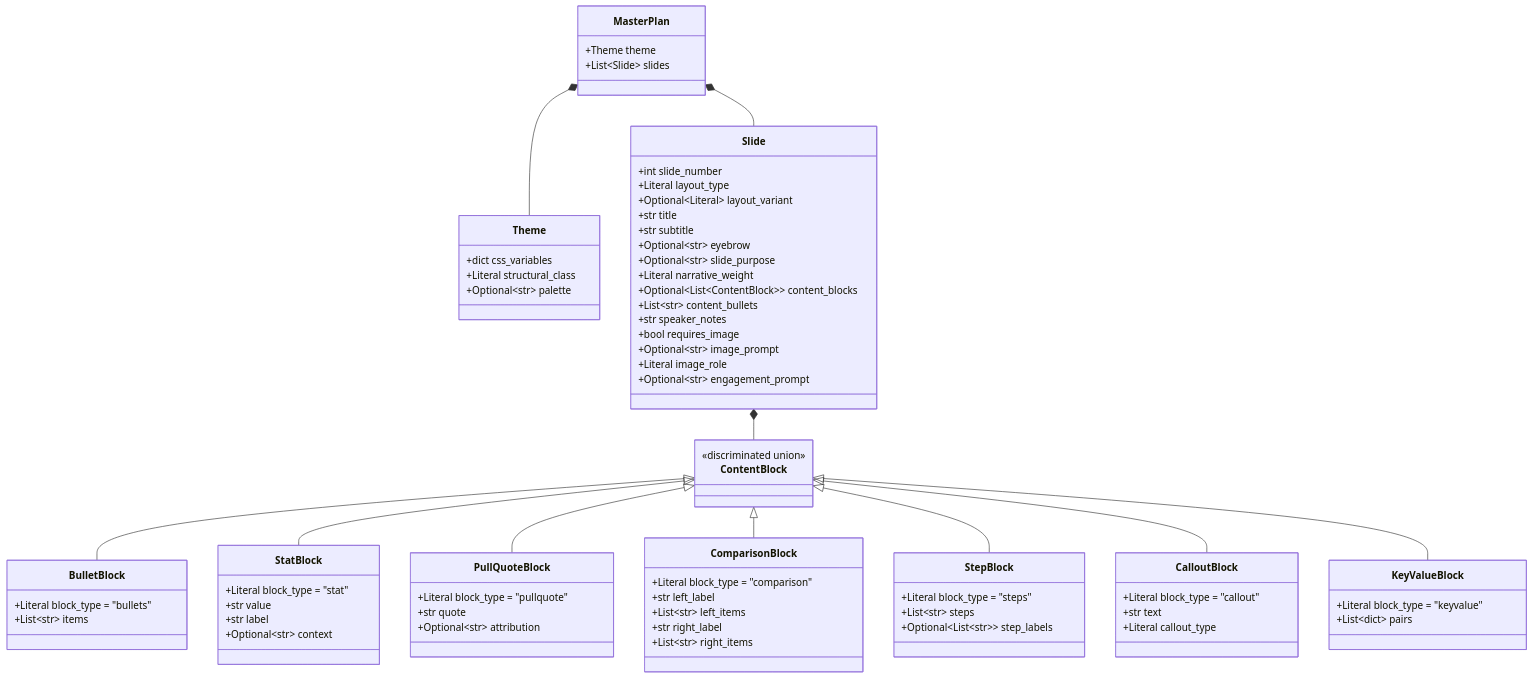
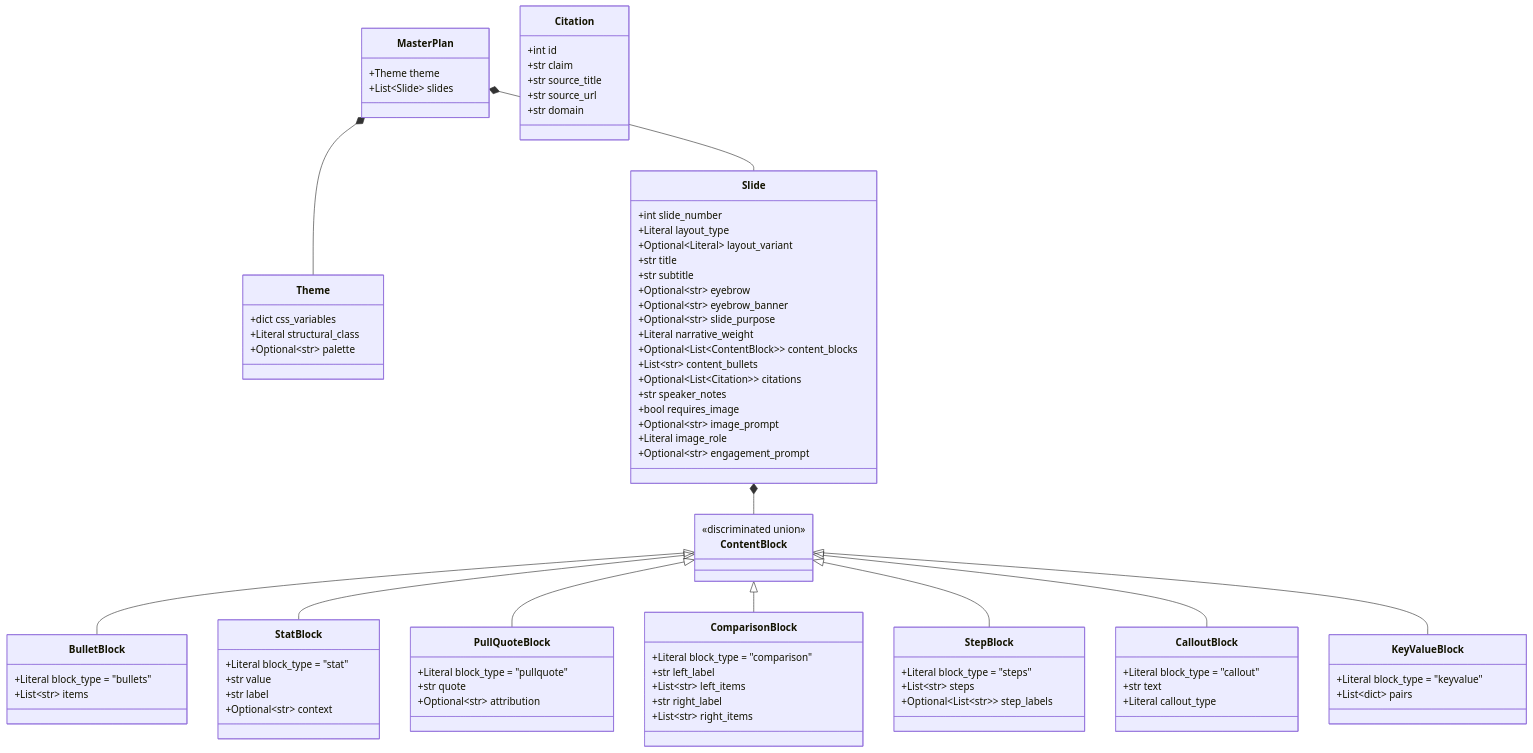
Before and after one commit to vedant-asati/ai-ppt-maker: the third of 5 diagrams in docs/architecture.md, drawn with Mermaid. The commit also changed other lines of this file and 4 other files, not shown here.

Commit message:
docs: update README, architecture, and session retrospective for GenAI extensions

```diff
--- a/docs/architecture.md
+++ b/docs/architecture.md
@@ -146,15 +174,25 @@
         +str title
         +str subtitle
         +Optional~str~ eyebrow
+        +Optional~str~ eyebrow_banner
         +Optional~str~ slide_purpose
         +Literal narrative_weight
         +Optional~List~ContentBlock~~ content_blocks
         +List~str~ content_bullets
+        +Optional~List~Citation~~ citations
         +str speaker_notes
         +bool requires_image
         +Optional~str~ image_prompt
         +Literal image_role
         +Optional~str~ engagement_prompt
+    }
+
+    class Citation {
+        +int id
+        +str claim
+        +str source_title
+        +str source_url
+        +str domain
     }
 
     class ContentBlock {
```
